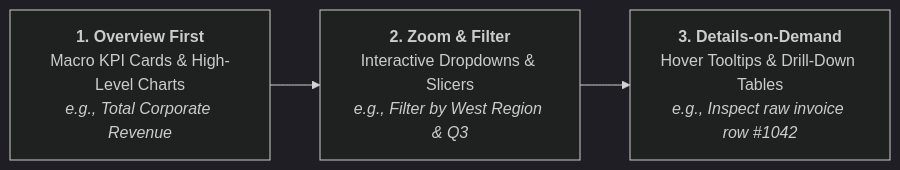
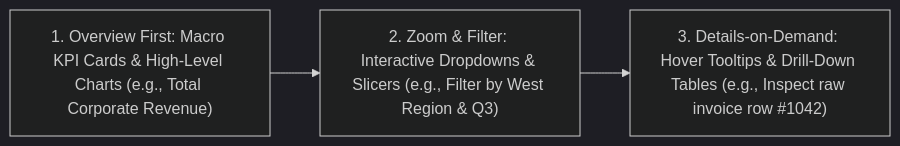
The eighth of 8 diagrams in notes/data_analysis/Chapter9_Features_of_Business_Data.md (DeepLumiere/DeepSkills), drawn with Mermaid (dark theme) before and after one commit. The commit also changed other lines of this file and 56 other files, not shown here.

````diff
--- a/notes/data_analysis/Chapter9_Features_of_Business_Data.md
+++ b/notes/data_analysis/Chapter9_Features_of_Business_Data.md
@@ -256,5 +256,5 @@
 ```mermaid
 flowchart LR
-    Step1["<b>1. Overview First</b><br/>Macro KPI Cards & High-Level Charts<br/><i>e.g., Total Corporate Revenue</i>"] --> Step2["<b>2. Zoom & Filter</b><br/>Interactive Dropdowns & Slicers<br/><i>e.g., Filter by West Region & Q3</i>"]
-    Step2 --> Step3["<b>3. Details-on-Demand</b><br/>Hover Tooltips & Drill-Down Tables<br/><i>e.g., Inspect raw invoice row #1042</i>"]
+    Step1["1. Overview First: Macro KPI Cards & High-Level Charts (e.g., Total Corporate Revenue)"] --> Step2["2. Zoom & Filter: Interactive Dropdowns & Slicers (e.g., Filter by West Region & Q3)"]
+    Step2 --> Step3["3. Details-on-Demand: Hover Tooltips & Drill-Down Tables (e.g., Inspect raw invoice row #1042)"]
 ```
````
